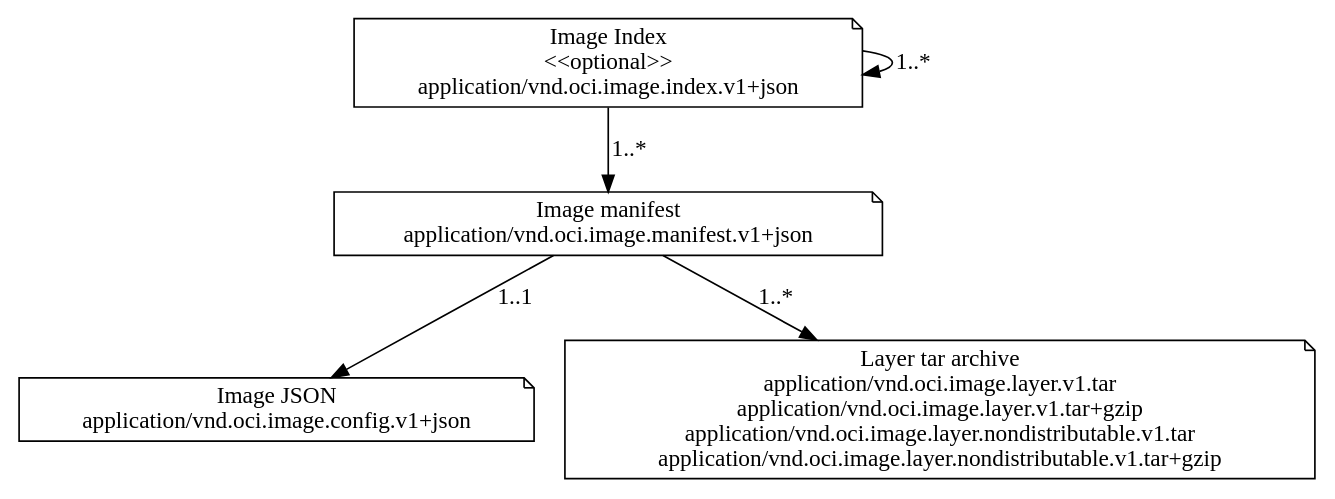
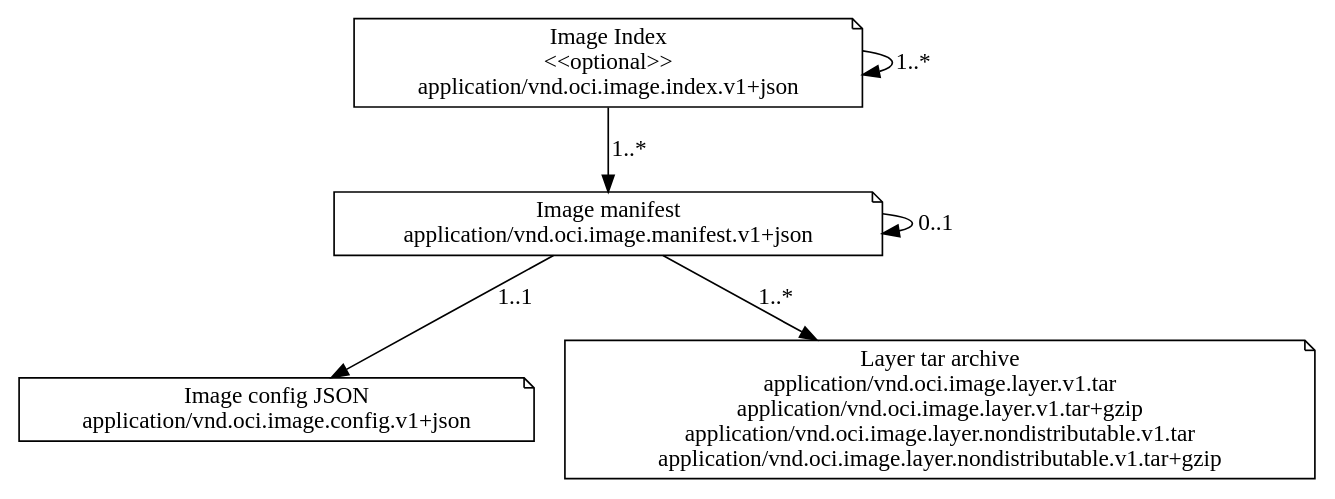
One commit to pexip/os-crun changed the diagram in libocispec/image-spec/img/media-types.dot. Above: the diagram before and after it, drawn with Graphviz. The commit also changed 266 other files, not shown here.

```diff
--- a/libocispec/image-spec/img/media-types.dot
+++ b/libocispec/image-spec/img/media-types.dot
@@ -1,13 +1,17 @@
 digraph G {
   {
     imageIndex [shape=note, label="Image Index\n<<optional>>\napplication/vnd.oci.image.index.v1+json"]
-    manifest [shape=note, label="Image manifest\napplication/vnd.oci.image.manifest.v1+json"]
-    config [shape=note, label="Image JSON\napplication/vnd.oci.image.config.v1+json"]
+    {
+      rank=same
+      manifest [shape=note, label="Image manifest\napplication/vnd.oci.image.manifest.v1+json"]
+    }
+    config [shape=note, label="Image config JSON\napplication/vnd.oci.image.config.v1+json"]
     layer [shape=note, label="Layer tar archive\napplication/vnd.oci.image.layer.v1.tar\napplication/vnd.oci.image.layer.v1.tar+gzip\napplication/vnd.oci.image.layer.nondistributable.v1.tar\napplication/vnd.oci.image.layer.nondistributable.v1.tar+gzip"]
   }
 
   imageIndex -> imageIndex [label="1..*"]
   imageIndex -> manifest [label="1..*"]
   manifest -> config [label="1..1"]
   manifest -> layer [label="1..*"]
+  manifest -> manifest [label="0..1"];
 }
```
